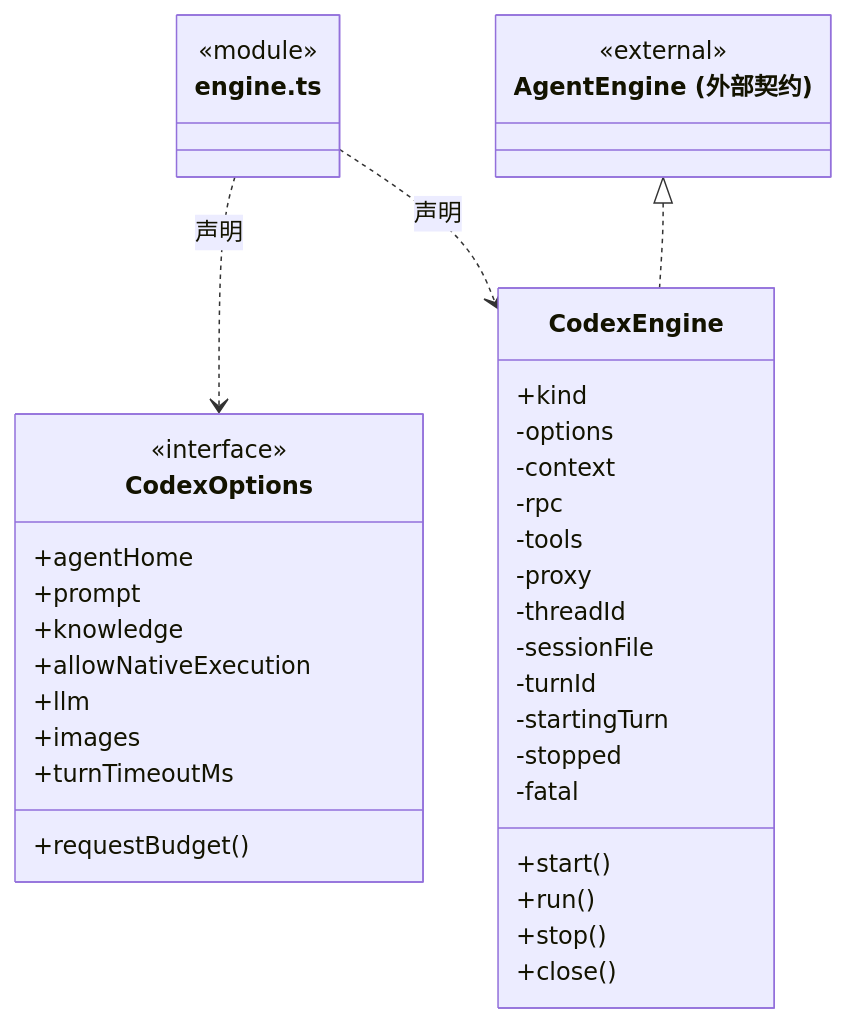
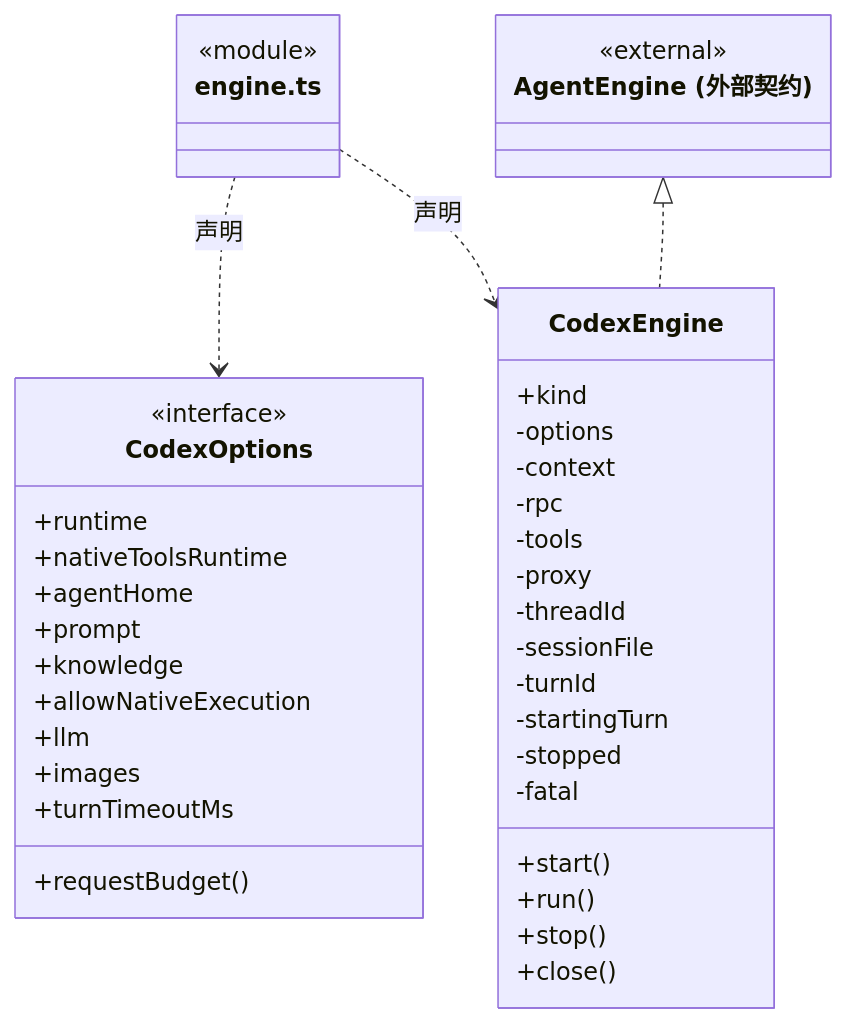
Before and after one commit to nan023062/cbim: the third of 12 diagrams in src/backend/engines/codex/ARCHITECTURE.md, drawn with Mermaid. The commit also changed other lines of this file and 104 other files, not shown here.

````diff
--- a/src/backend/engines/codex/ARCHITECTURE.md
+++ b/src/backend/engines/codex/ARCHITECTURE.md
@@ -45,41 +46,43 @@
 ```mermaid
 classDiagram
 class N_src_backend_engines_codex_engine_ts["engine.ts"] {
   <<module>>
 }
 class N_src_backend_engines_codex_engine_ts_CodexOptions["CodexOptions"] {
   <<interface>>
+  +runtime
+  +nativeToolsRuntime
   +agentHome
   +prompt
   +knowledge
   +allowNativeExecution
   +llm
   +images
   +turnTimeoutMs
   +requestBudget()
 }
 N_src_backend_engines_codex_engine_ts ..> N_src_backend_engines_codex_engine_ts_CodexOptions : 声明
 class N_src_backend_engines_codex_engine_ts_CodexEngine["CodexEngine"] {
   +kind
   +start()
   +run()
   +stop()
   +close()
   -options
   -context
   -rpc
   -tools
   -proxy
   -threadId
   -sessionFile
   -turnId
   -startingTurn
   -stopped
   -fatal
 }
 N_src_backend_engines_codex_engine_ts ..> N_src_backend_engines_codex_engine_ts_CodexEngine : 声明
 class N_src_backend_engines_codex_engine_ts_external_AgentEngine["AgentEngine (外部契约)"] {
   <<external>>
 }
 N_src_backend_engines_codex_engine_ts_external_AgentEngine <|.. N_src_backend_engines_codex_engine_ts_CodexEngine
 ```
````
